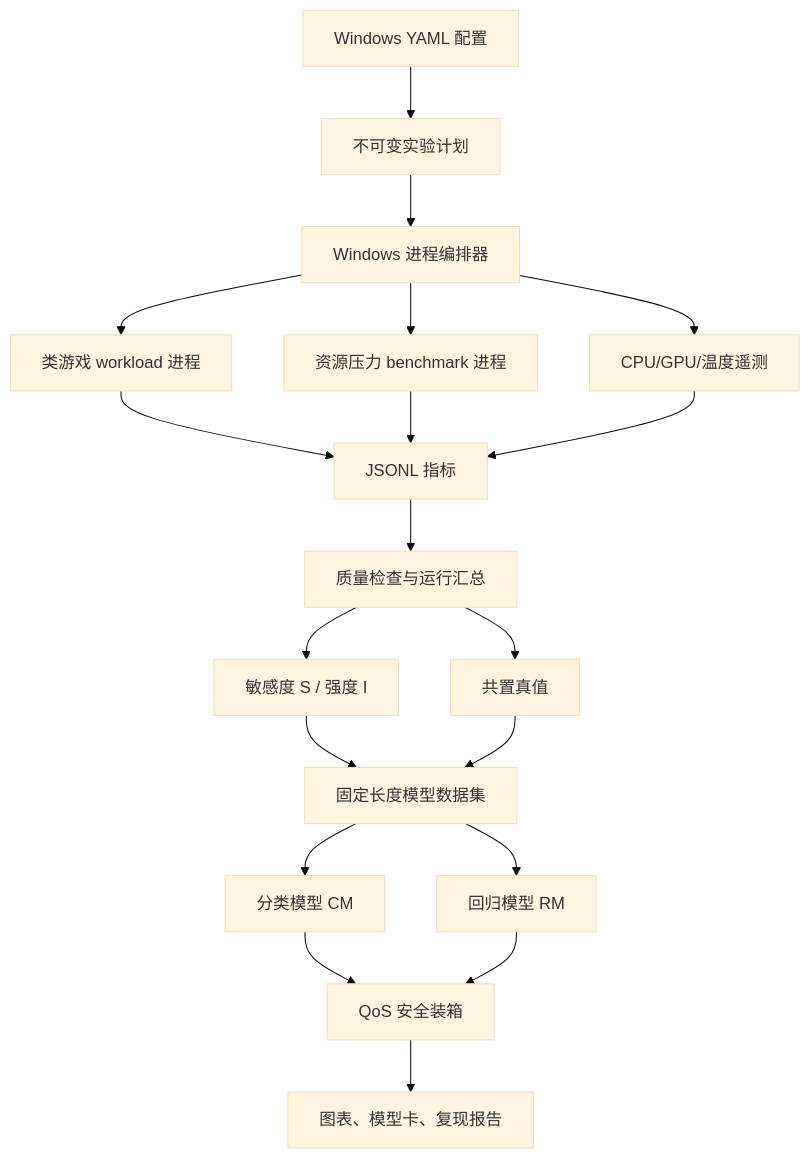
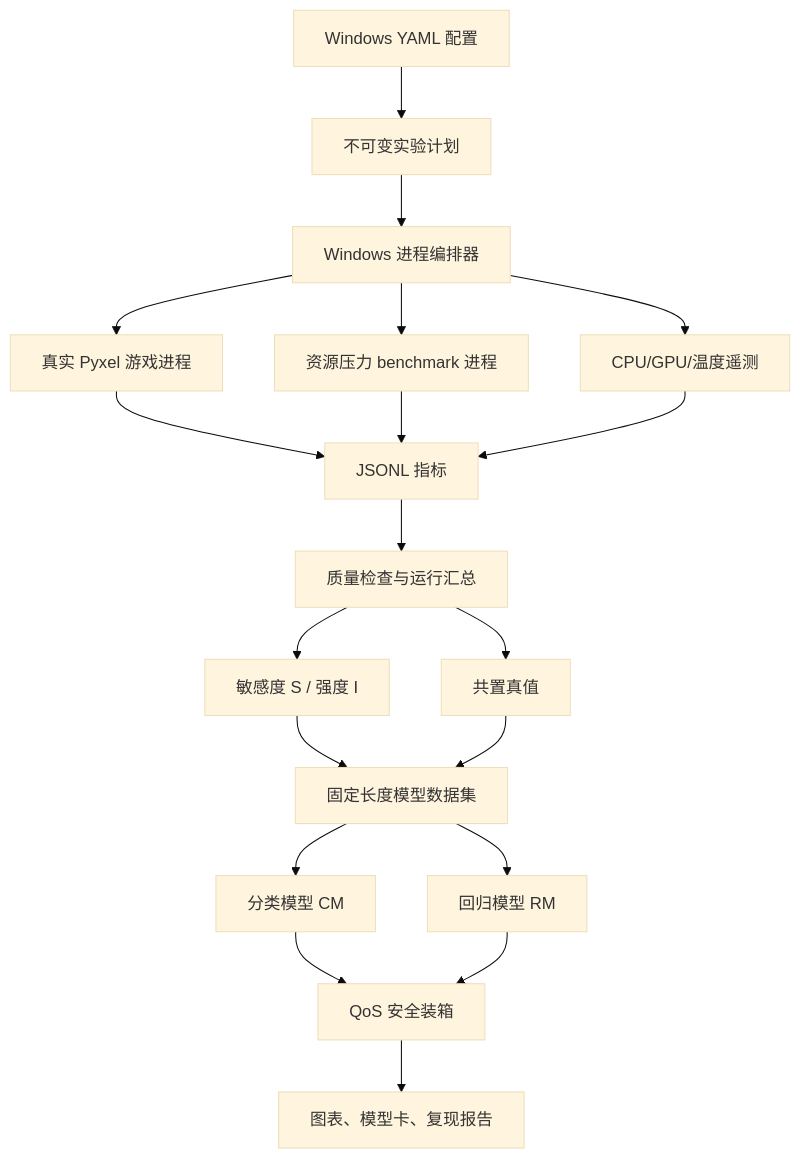
One commit to wyn-exe/GameLab-GAugur-Lite changed the diagram in README.md. Above: the diagram before and after it, drawn with Mermaid (base theme). The commit also changed other lines of this file and 44 other files, not shown here.

````diff
--- a/README.md
+++ b/README.md
@@ -133,21 +136,21 @@
 ```mermaid
 flowchart TB
     CFG["Windows YAML 配置"] --> PLAN["不可变实验计划"]
     PLAN --> RUNNER["Windows 进程编排器"]
-    RUNNER --> WL["类游戏 workload 进程"]
+    RUNNER --> WL["真实 Pyxel 游戏进程"]
     RUNNER --> PB["资源压力 benchmark 进程"]
     WL --> METRIC["JSONL 指标"]
     PB --> METRIC
     RUNNER --> SYS["CPU/GPU/温度遥测"]
     SYS --> METRIC
     METRIC --> QC["质量检查与运行汇总"]
     QC --> PROFILE["敏感度 S / 强度 I"]
     QC --> TRUTH["共置真值"]
     PROFILE --> DATASET["固定长度模型数据集"]
     TRUTH --> DATASET
     DATASET --> CM["分类模型 CM"]
     DATASET --> RM["回归模型 RM"]
     CM --> REPLAY["QoS 安全装箱"]
     RM --> REPLAY
     REPLAY --> REPORT["图表、模型卡、复现报告"]
 ```
````
